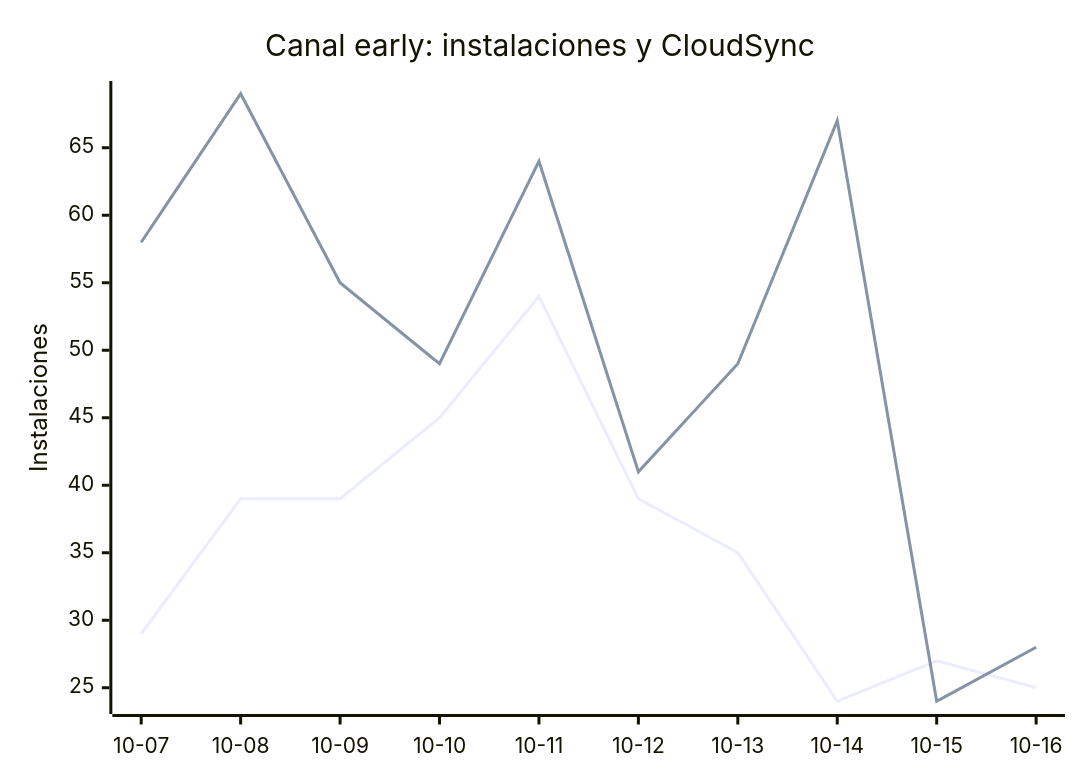
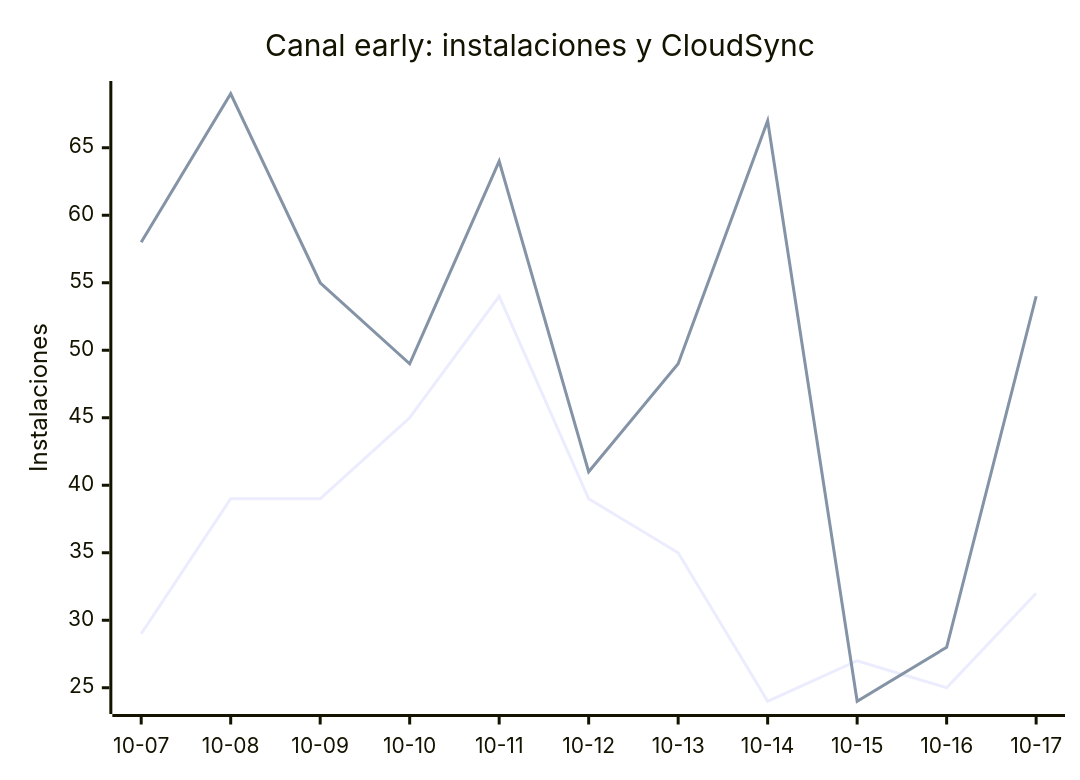
Before and after one commit to EmuDeck/stats: the eighth of 8 diagrams in README.md, drawn with Mermaid. The commit also changed other lines of this file and 2 other files, not shown here.

````diff
--- a/README.md
+++ b/README.md
@@ -102,8 +102,8 @@
 ```mermaid
 xychart-beta
     title "Canal early: instalaciones y CloudSync"
-    x-axis ["10-07", "10-08", "10-09", "10-10", "10-11", "10-12", "10-13", "10-14", "10-15", "10-16"]
+    x-axis ["10-07", "10-08", "10-09", "10-10", "10-11", "10-12", "10-13", "10-14", "10-15", "10-16", "10-17"]
     y-axis "Instalaciones"
-    line [29, 39, 39, 45, 54, 39, 35, 24, 27, 25]
-    line [58, 69, 55, 49, 64, 41, 49, 67, 24, 28]
+    line [29, 39, 39, 45, 54, 39, 35, 24, 27, 25, 32]
+    line [58, 69, 55, 49, 64, 41, 49, 67, 24, 28, 54]
 ```
````
